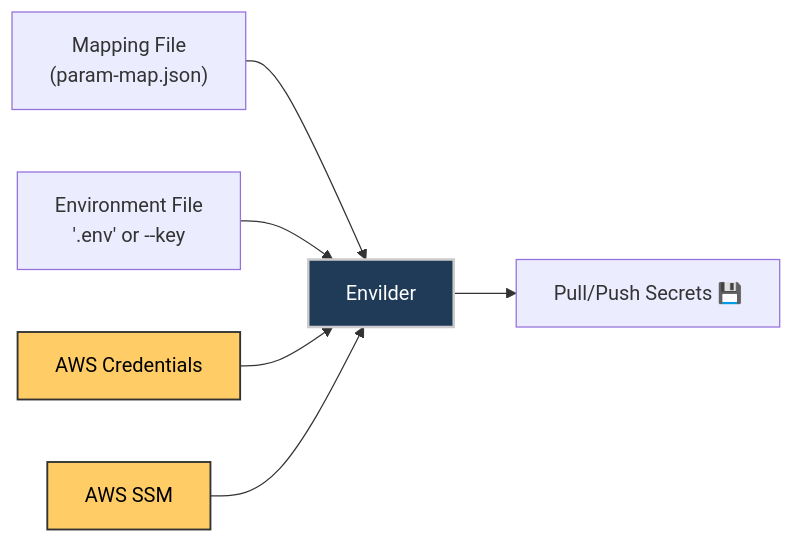
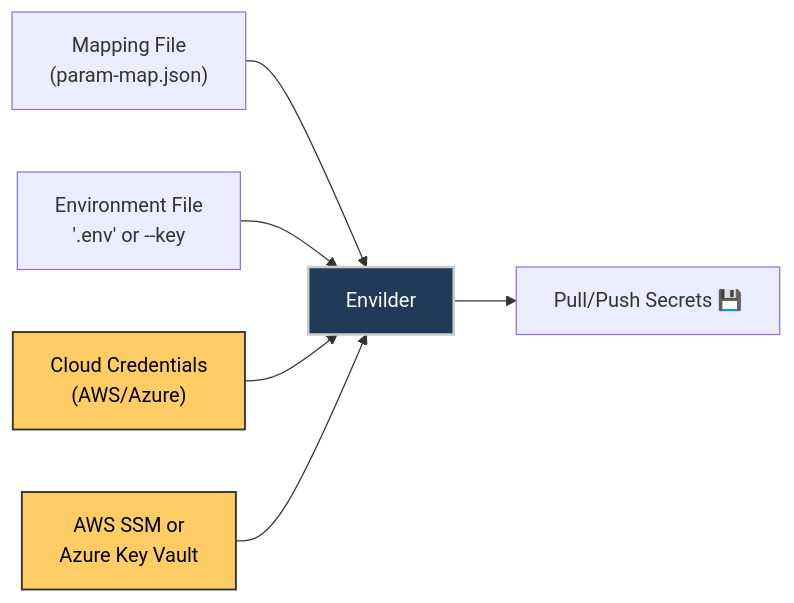
The diagram in README.md (macalbert/envilder), drawn with Mermaid before and after one commit. The commit also changed other lines of this file and 1 other file, not shown here.

First line of the commit message:
docs: Update README and add Azure Key Vault setup guide

````diff
--- a/README.md
+++ b/README.md
@@ -179,11 +210,11 @@
 ```mermaid
 graph LR
     A["Mapping File<br/>(param-map.json)"] --> B[Envilder]:::core
     C["Environment File<br/> '.env' or --key"] --> B
-    D["AWS Credentials"]:::aws --> B
-    E["AWS SSM"]:::aws --> B
+    D["Cloud Credentials<br/>(AWS/Azure)"]:::cloud --> B
+    E["AWS SSM or<br/>Azure Key Vault"]:::cloud --> B
     B --> F["Pull/Push Secrets 💾"]
 
-    classDef aws fill:#ffcc66,color:#000000,stroke:#333,stroke-width:1.5px;
+    classDef cloud fill:#ffcc66,color:#000000,stroke:#333,stroke-width:1.5px;
     classDef core fill:#1f3b57,color:#fff,stroke:#ccc,stroke-width:2px;
 ```
````
